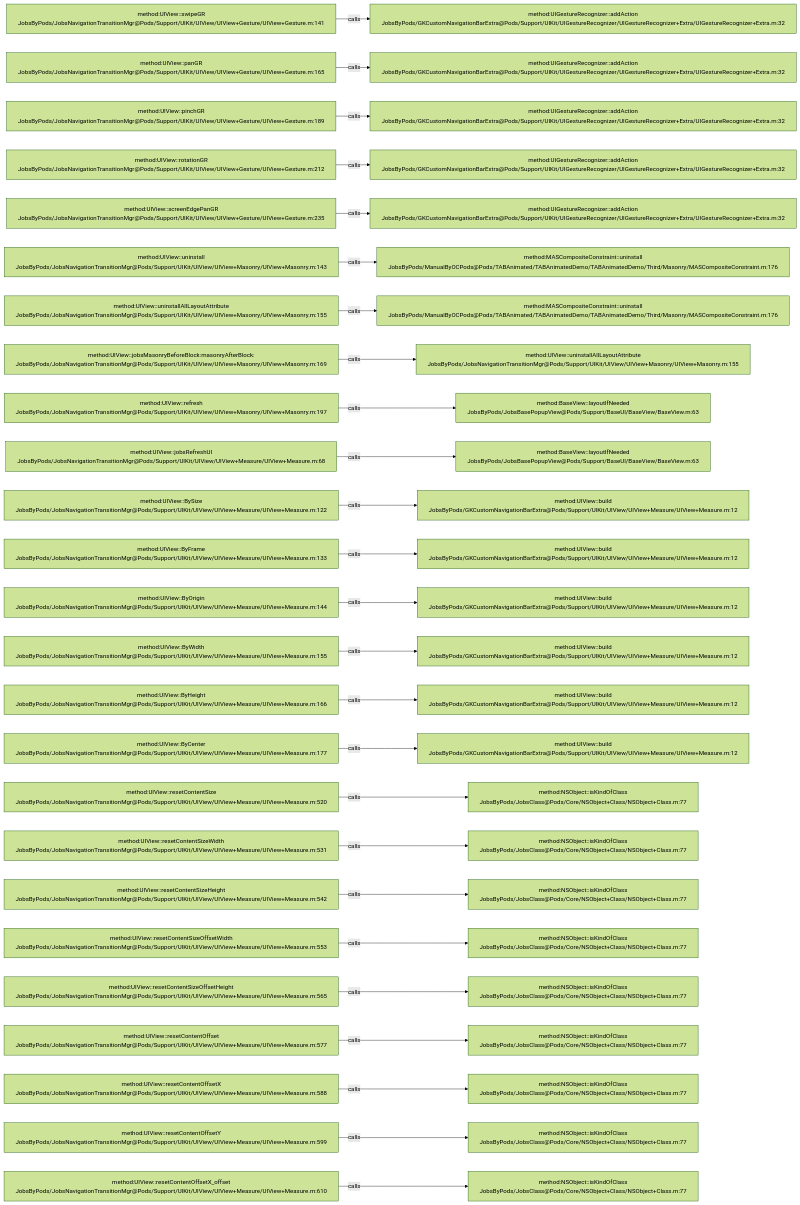
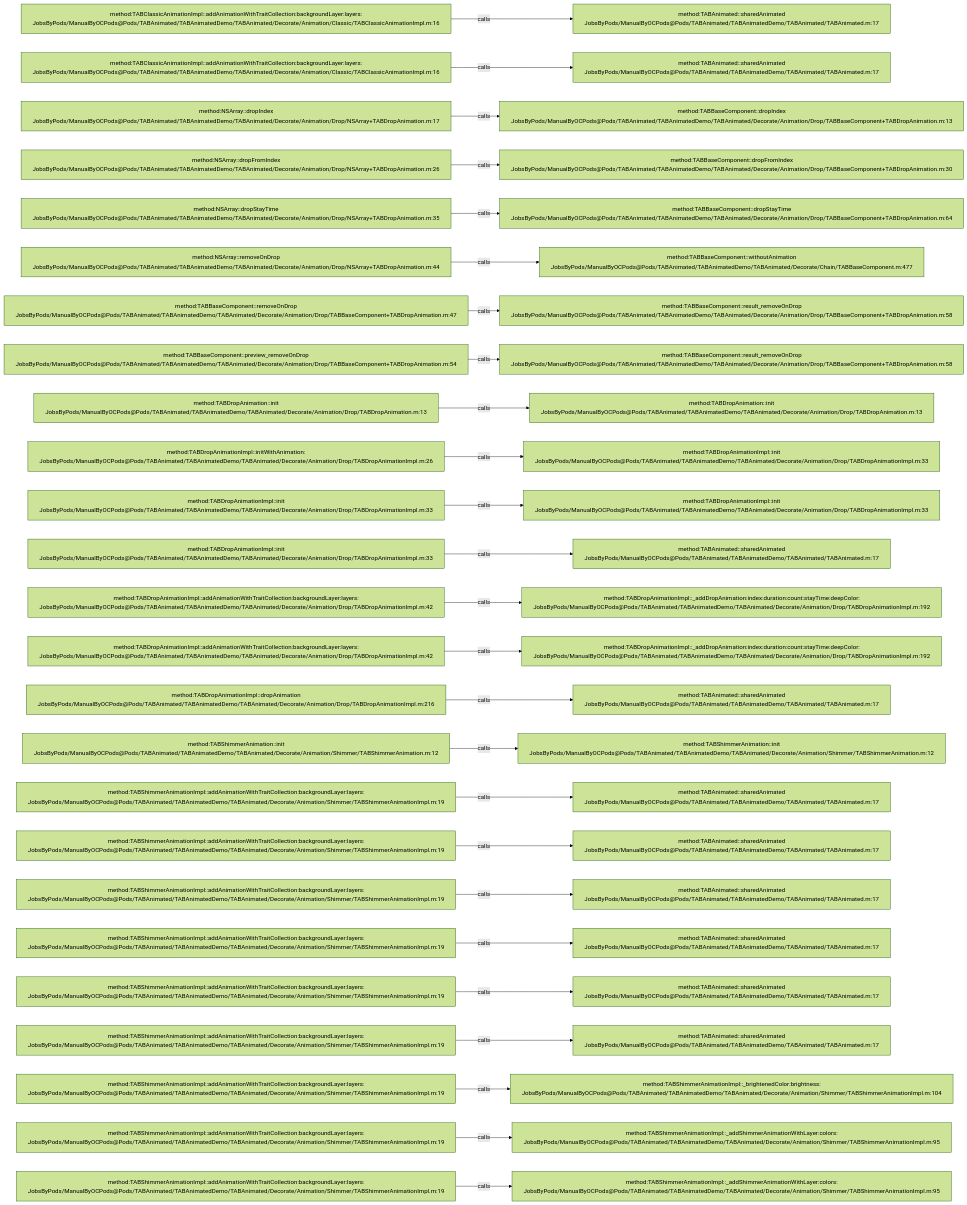
The diagram in .codegraph/codegraph.md/graphs/calls-134.md (JobsKits/JobsOCBaseConfigDemo), drawn with Mermaid (forest theme) before and after one commit. The commit also changed 573 other files, not shown here.

````diff
--- a/.codegraph/codegraph.md/graphs/calls-134.md
+++ b/.codegraph/codegraph.md/graphs/calls-134.md
@@ -13,78 +13,78 @@
 ```mermaid
 flowchart LR
-  S1["method:UIView::swipeGR<br/>JobsByPods/JobsNavigationTransitionMgr@Pods/Support/UIKit/UIView/UIView+Gesture/UIView+Gesture.m:141"]
-  T1["method:UIGestureRecognizer::addAction<br/>JobsByPods/GKCustomNavigationBarExtra@Pods/Support/UIKit/UIGestureRecognizer/UIGestureRecognizer+Extra/UIGestureRecognizer+Extra.m:32"]
+  S1["method:TABClassicAnimationImpl::addAnimationWithTraitCollection:backgroundLayer:layers:<br/>JobsByPods/ManualByOCPods@Pods/TABAnimated/TABAnimatedDemo/TABAnimated/Decorate/Animation/Classic/TABClassicAnimationImpl.m:16"]
+  T1["method:TABAnimated::sharedAnimated<br/>JobsByPods/ManualByOCPods@Pods/TABAnimated/TABAnimatedDemo/TABAnimated/TABAnimated.m:17"]
   S1 -->|calls| T1
-  S2["method:UIView::panGR<br/>JobsByPods/JobsNavigationTransitionMgr@Pods/Support/UIKit/UIView/UIView+Gesture/UIView+Gesture.m:165"]
-  T2["method:UIGestureRecognizer::addAction<br/>JobsByPods/GKCustomNavigationBarExtra@Pods/Support/UIKit/UIGestureRecognizer/UIGestureRecognizer+Extra/UIGestureRecognizer+Extra.m:32"]
+  S2["method:TABClassicAnimationImpl::addAnimationWithTraitCollection:backgroundLayer:layers:<br/>JobsByPods/ManualByOCPods@Pods/TABAnimated/TABAnimatedDemo/TABAnimated/Decorate/Animation/Classic/TABClassicAnimationImpl.m:16"]
+  T2["method:TABAnimated::sharedAnimated<br/>JobsByPods/ManualByOCPods@Pods/TABAnimated/TABAnimatedDemo/TABAnimated/TABAnimated.m:17"]
   S2 -->|calls| T2
-  S3["method:UIView::pinchGR<br/>JobsByPods/JobsNavigationTransitionMgr@Pods/Support/UIKit/UIView/UIView+Gesture/UIView+Gesture.m:189"]
-  T3["method:UIGestureRecognizer::addAction<br/>JobsByPods/GKCustomNavigationBarExtra@Pods/Support/UIKit/UIGestureRecognizer/UIGestureRecognizer+Extra/UIGestureRecognizer+Extra.m:32"]
+  S3["method:NSArray::dropIndex<br/>JobsByPods/ManualByOCPods@Pods/TABAnimated/TABAnimatedDemo/TABAnimated/Decorate/Animation/Drop/NSArray+TABDropAnimation.m:17"]
+  T3["method:TABBaseComponent::dropIndex<br/>JobsByPods/ManualByOCPods@Pods/TABAnimated/TABAnimatedDemo/TABAnimated/Decorate/Animation/Drop/TABBaseComponent+TABDropAnimation.m:13"]
   S3 -->|calls| T3
-  S4["method:UIView::rotationGR<br/>JobsByPods/JobsNavigationTransitionMgr@Pods/Support/UIKit/UIView/UIView+Gesture/UIView+Gesture.m:212"]
-  T4["method:UIGestureRecognizer::addAction<br/>JobsByPods/GKCustomNavigationBarExtra@Pods/Support/UIKit/UIGestureRecognizer/UIGestureRecognizer+Extra/UIGestureRecognizer+Extra.m:32"]
+  S4["method:NSArray::dropFromIndex<br/>JobsByPods/ManualByOCPods@Pods/TABAnimated/TABAnimatedDemo/TABAnimated/Decorate/Animation/Drop/NSArray+TABDropAnimation.m:26"]
+  T4["method:TABBaseComponent::dropFromIndex<br/>JobsByPods/ManualByOCPods@Pods/TABAnimated/TABAnimatedDemo/TABAnimated/Decorate/Animation/Drop/TABBaseComponent+TABDropAnimation.m:30"]
   S4 -->|calls| T4
-  S5["method:UIView::screenEdgePanGR<br/>JobsByPods/JobsNavigationTransitionMgr@Pods/Support/UIKit/UIView/UIView+Gesture/UIView+Gesture.m:235"]
-  T5["method:UIGestureRecognizer::addAction<br/>JobsByPods/GKCustomNavigationBarExtra@Pods/Support/UIKit/UIGestureRecognizer/UIGestureRecognizer+Extra/UIGestureRecognizer+Extra.m:32"]
+  S5["method:NSArray::dropStayTime<br/>JobsByPods/ManualByOCPods@Pods/TABAnimated/TABAnimatedDemo/TABAnimated/Decorate/Animation/Drop/NSArray+TABDropAnimation.m:35"]
+  T5["method:TABBaseComponent::dropStayTime<br/>JobsByPods/ManualByOCPods@Pods/TABAnimated/TABAnimatedDemo/TABAnimated/Decorate/Animation/Drop/TABBaseComponent+TABDropAnimation.m:64"]
   S5 -->|calls| T5
-  S6["method:UIView::uninstall<br/>JobsByPods/JobsNavigationTransitionMgr@Pods/Support/UIKit/UIView/UIView+Masonry/UIView+Masonry.m:143"]
-  T6["method:MASCompositeConstraint::uninstall<br/>JobsByPods/ManualByOCPods@Pods/TABAnimated/TABAnimatedDemo/TABAnimatedDemo/Third/Masonry/MASCompositeConstraint.m:176"]
+  S6["method:NSArray::removeOnDrop<br/>JobsByPods/ManualByOCPods@Pods/TABAnimated/TABAnimatedDemo/TABAnimated/Decorate/Animation/Drop/NSArray+TABDropAnimation.m:44"]
+  T6["method:TABBaseComponent::withoutAnimation<br/>JobsByPods/ManualByOCPods@Pods/TABAnimated/TABAnimatedDemo/TABAnimated/Decorate/Chain/TABBaseComponent.m:477"]
   S6 -->|calls| T6
-  S7["method:UIView::uninstallAllLayoutAttribute<br/>JobsByPods/JobsNavigationTransitionMgr@Pods/Support/UIKit/UIView/UIView+Masonry/UIView+Masonry.m:155"]
-  T7["method:MASCompositeConstraint::uninstall<br/>JobsByPods/ManualByOCPods@Pods/TABAnimated/TABAnimatedDemo/TABAnimatedDemo/Third/Masonry/MASCompositeConstraint.m:176"]
+  S7["method:TABBaseComponent::removeOnDrop<br/>JobsByPods/ManualByOCPods@Pods/TABAnimated/TABAnimatedDemo/TABAnimated/Decorate/Animation/Drop/TABBaseComponent+TABDropAnimation.m:47"]
+  T7["method:TABBaseComponent::result_removeOnDrop<br/>JobsByPods/ManualByOCPods@Pods/TABAnimated/TABAnimatedDemo/TABAnimated/Decorate/Animation/Drop/TABBaseComponent+TABDropAnimation.m:58"]
   S7 -->|calls| T7
-  S8["method:UIView::jobsMasonryBeforeBlock:masonryAfterBlock:<br/>JobsByPods/JobsNavigationTransitionMgr@Pods/Support/UIKit/UIView/UIView+Masonry/UIView+Masonry.m:169"]
-  T8["method:UIView::uninstallAllLayoutAttribute<br/>JobsByPods/JobsNavigationTransitionMgr@Pods/Support/UIKit/UIView/UIView+Masonry/UIView+Masonry.m:155"]
+  S8["method:TABBaseComponent::preview_removeOnDrop<br/>JobsByPods/ManualByOCPods@Pods/TABAnimated/TABAnimatedDemo/TABAnimated/Decorate/Animation/Drop/TABBaseComponent+TABDropAnimation.m:54"]
+  T8["method:TABBaseComponent::result_removeOnDrop<br/>JobsByPods/ManualByOCPods@Pods/TABAnimated/TABAnimatedDemo/TABAnimated/Decorate/Animation/Drop/TABBaseComponent+TABDropAnimation.m:58"]
   S8 -->|calls| T8
-  S9["method:UIView::refresh<br/>JobsByPods/JobsNavigationTransitionMgr@Pods/Support/UIKit/UIView/UIView+Masonry/UIView+Masonry.m:197"]
-  T9["method:BaseView::layoutIfNeeded<br/>JobsByPods/JobsBasePopupView@Pods/Support/BaseUI/BaseView/BaseView.m:63"]
+  S9["method:TABDropAnimation::init<br/>JobsByPods/ManualByOCPods@Pods/TABAnimated/TABAnimatedDemo/TABAnimated/Decorate/Animation/Drop/TABDropAnimation.m:13"]
+  T9["method:TABDropAnimation::init<br/>JobsByPods/ManualByOCPods@Pods/TABAnimated/TABAnimatedDemo/TABAnimated/Decorate/Animation/Drop/TABDropAnimation.m:13"]
   S9 -->|calls| T9
-  S10["method:UIView::jobsRefreshUI<br/>JobsByPods/JobsNavigationTransitionMgr@Pods/Support/UIKit/UIView/UIView+Measure/UIView+Measure.m:68"]
-  T10["method:BaseView::layoutIfNeeded<br/>JobsByPods/JobsBasePopupView@Pods/Support/BaseUI/BaseView/BaseView.m:63"]
+  S10["method:TABDropAnimationImpl::initWithAnimation:<br/>JobsByPods/ManualByOCPods@Pods/TABAnimated/TABAnimatedDemo/TABAnimated/Decorate/Animation/Drop/TABDropAnimationImpl.m:26"]
+  T10["method:TABDropAnimationImpl::init<br/>JobsByPods/ManualByOCPods@Pods/TABAnimated/TABAnimatedDemo/TABAnimated/Decorate/Animation/Drop/TABDropAnimationImpl.m:33"]
   S10 -->|calls| T10
-  S11["method:UIView::BySize<br/>JobsByPods/JobsNavigationTransitionMgr@Pods/Support/UIKit/UIView/UIView+Measure/UIView+Measure.m:122"]
-  T11["method:UIView::build<br/>JobsByPods/GKCustomNavigationBarExtra@Pods/Support/UIKit/UIView/UIView+Measure/UIView+Measure.m:12"]
+  S11["method:TABDropAnimationImpl::init<br/>JobsByPods/ManualByOCPods@Pods/TABAnimated/TABAnimatedDemo/TABAnimated/Decorate/Animation/Drop/TABDropAnimationImpl.m:33"]
+  T11["method:TABDropAnimationImpl::init<br/>JobsByPods/ManualByOCPods@Pods/TABAnimated/TABAnimatedDemo/TABAnimated/Decorate/Animation/Drop/TABDropAnimationImpl.m:33"]
   S11 -->|calls| T11
-  S12["method:UIView::ByFrame<br/>JobsByPods/JobsNavigationTransitionMgr@Pods/Support/UIKit/UIView/UIView+Measure/UIView+Measure.m:133"]
-  T12["method:UIView::build<br/>JobsByPods/GKCustomNavigationBarExtra@Pods/Support/UIKit/UIView/UIView+Measure/UIView+Measure.m:12"]
+  S12["method:TABDropAnimationImpl::init<br/>JobsByPods/ManualByOCPods@Pods/TABAnimated/TABAnimatedDemo/TABAnimated/Decorate/Animation/Drop/TABDropAnimationImpl.m:33"]
+  T12["method:TABAnimated::sharedAnimated<br/>JobsByPods/ManualByOCPods@Pods/TABAnimated/TABAnimatedDemo/TABAnimated/TABAnimated.m:17"]
   S12 -->|calls| T12
-  S13["method:UIView::ByOrigin<br/>JobsByPods/JobsNavigationTransitionMgr@Pods/Support/UIKit/UIView/UIView+Measure/UIView+Measure.m:144"]
-  T13["method:UIView::build<br/>JobsByPods/GKCustomNavigationBarExtra@Pods/Support/UIKit/UIView/UIView+Measure/UIView+Measure.m:12"]
+  S13["method:TABDropAnimationImpl::addAnimationWithTraitCollection:backgroundLayer:layers:<br/>JobsByPods/ManualByOCPods@Pods/TABAnimated/TABAnimatedDemo/TABAnimated/Decorate/Animation/Drop/TABDropAnimationImpl.m:42"]
+  T13["method:TABDropAnimationImpl::_addDropAnimation:index:duration:count:stayTime:deepColor:<br/>JobsByPods/ManualByOCPods@Pods/TABAnimated/TABAnimatedDemo/TABAnimated/Decorate/Animation/Drop/TABDropAnimationImpl.m:192"]
   S13 -->|calls| T13
-  S14["method:UIView::ByWidth<br/>JobsByPods/JobsNavigationTransitionMgr@Pods/Support/UIKit/UIView/UIView+Measure/UIView+Measure.m:155"]
-  T14["method:UIView::build<br/>JobsByPods/GKCustomNavigationBarExtra@Pods/Support/UIKit/UIView/UIView+Measure/UIView+Measure.m:12"]
+  S14["method:TABDropAnimationImpl::addAnimationWithTraitCollection:backgroundLayer:layers:<br/>JobsByPods/ManualByOCPods@Pods/TABAnimated/TABAnimatedDemo/TABAnimated/Decorate/Animation/Drop/TABDropAnimationImpl.m:42"]
+  T14["method:TABDropAnimationImpl::_addDropAnimation:index:duration:count:stayTime:deepColor:<br/>JobsByPods/ManualByOCPods@Pods/TABAnimated/TABAnimatedDemo/TABAnimated/Decorate/Animation/Drop/TABDropAnimationImpl.m:192"]
   S14 -->|calls| T14
-  S15["method:UIView::ByHeight<br/>JobsByPods/JobsNavigationTransitionMgr@Pods/Support/UIKit/UIView/UIView+Measure/UIView+Measure.m:166"]
-  T15["method:UIView::build<br/>JobsByPods/GKCustomNavigationBarExtra@Pods/Support/UIKit/UIView/UIView+Measure/UIView+Measure.m:12"]
+  S15["method:TABDropAnimationImpl::dropAnimation<br/>JobsByPods/ManualByOCPods@Pods/TABAnimated/TABAnimatedDemo/TABAnimated/Decorate/Animation/Drop/TABDropAnimationImpl.m:216"]
+  T15["method:TABAnimated::sharedAnimated<br/>JobsByPods/ManualByOCPods@Pods/TABAnimated/TABAnimatedDemo/TABAnimated/TABAnimated.m:17"]
   S15 -->|calls| T15
-  S16["method:UIView::ByCenter<br/>JobsByPods/JobsNavigationTransitionMgr@Pods/Support/UIKit/UIView/UIView+Measure/UIView+Measure.m:177"]
-  T16["method:UIView::build<br/>JobsByPods/GKCustomNavigationBarExtra@Pods/Support/UIKit/UIView/UIView+Measure/UIView+Measure.m:12"]
+  S16["method:TABShimmerAnimation::init<br/>JobsByPods/ManualByOCPods@Pods/TABAnimated/TABAnimatedDemo/TABAnimated/Decorate/Animation/Shimmer/TABShimmerAnimation.m:12"]
+  T16["method:TABShimmerAnimation::init<br/>JobsByPods/ManualByOCPods@Pods/TABAnimated/TABAnimatedDemo/TABAnimated/Decorate/Animation/Shimmer/TABShimmerAnimation.m:12"]
   S16 -->|calls| T16
-  S17["method:UIView::resetContentSize<br/>JobsByPods/JobsNavigationTransitionMgr@Pods/Support/UIKit/UIView/UIView+Measure/UIView+Measure.m:520"]
-  T17["method:NSObject::isKindOfClass<br/>JobsByPods/JobsClass@Pods/Core/NSObject+Class/NSObject+Class.m:77"]
+  S17["method:TABShimmerAnimationImpl::addAnimationWithTraitCollection:backgroundLayer:layers:<br/>JobsByPods/ManualByOCPods@Pods/TABAnimated/TABAnimatedDemo/TABAnimated/Decorate/Animation/Shimmer/TABShimmerAnimationImpl.m:19"]
+  T17["method:TABAnimated::sharedAnimated<br/>JobsByPods/ManualByOCPods@Pods/TABAnimated/TABAnimatedDemo/TABAnimated/TABAnimated.m:17"]
   S17 -->|calls| T17
-  S18["method:UIView::resetContentSizeWidth<br/>JobsByPods/JobsNavigationTransitionMgr@Pods/Support/UIKit/UIView/UIView+Measure/UIView+Measure.m:531"]
-  T18["method:NSObject::isKindOfClass<br/>JobsByPods/JobsClass@Pods/Core/NSObject+Class/NSObject+Class.m:77"]
+  S18["method:TABShimmerAnimationImpl::addAnimationWithTraitCollection:backgroundLayer:layers:<br/>JobsByPods/ManualByOCPods@Pods/TABAnimated/TABAnimatedDemo/TABAnimated/Decorate/Animation/Shimmer/TABShimmerAnimationImpl.m:19"]
+  T18["method:TABAnimated::sharedAnimated<br/>JobsByPods/ManualByOCPods@Pods/TABAnimated/TABAnimatedDemo/TABAnimated/TABAnimated.m:17"]
   S18 -->|calls| T18
-  S19["method:UIView::resetContentSizeHeight<br/>JobsByPods/JobsNavigationTransitionMgr@Pods/Support/UIKit/UIView/UIView+Measure/UIView+Measure.m:542"]
-  T19["method:NSObject::isKindOfClass<br/>JobsByPods/JobsClass@Pods/Core/NSObject+Class/NSObject+Class.m:77"]
+  S19["method:TABShimmerAnimationImpl::addAnimationWithTraitCollection:backgroundLayer:layers:<br/>JobsByPods/ManualByOCPods@Pods/TABAnimated/TABAnimatedDemo/TABAnimated/Decorate/Animation/Shimmer/TABShimmerAnimationImpl.m:19"]
+  T19["method:TABAnimated::sharedAnimated<br/>JobsByPods/ManualByOCPods@Pods/TABAnimated/TABAnimatedDemo/TABAnimated/TABAnimated.m:17"]
   S19 -->|calls| T19
-  S20["method:UIView::resetContentSizeOffsetWidth<br/>JobsByPods/JobsNavigationTransitionMgr@Pods/Support/UIKit/UIView/UIView+Measure/UIView+Measure.m:553"]
-  T20["method:NSObject::isKindOfClass<br/>JobsByPods/JobsClass@Pods/Core/NSObject+Class/NSObject+Class.m:77"]
+  S20["method:TABShimmerAnimationImpl::addAnimationWithTraitCollection:backgroundLayer:layers:<br/>JobsByPods/ManualByOCPods@Pods/TABAnimated/TABAnimatedDemo/TABAnimated/Decorate/Animation/Shimmer/TABShimmerAnimationImpl.m:19"]
+  T20["method:TABAnimated::sharedAnimated<br/>JobsByPods/ManualByOCPods@Pods/TABAnimated/TABAnimatedDemo/TABAnimated/TABAnimated.m:17"]
   S20 -->|calls| T20
-  S21["method:UIView::resetContentSizeOffsetHeight<br/>JobsByPods/JobsNavigationTransitionMgr@Pods/Support/UIKit/UIView/UIView+Measure/UIView+Measure.m:565"]
-  T21["method:NSObject::isKindOfClass<br/>JobsByPods/JobsClass@Pods/Core/NSObject+Class/NSObject+Class.m:77"]
+  S21["method:TABShimmerAnimationImpl::addAnimationWithTraitCollection:backgroundLayer:layers:<br/>JobsByPods/ManualByOCPods@Pods/TABAnimated/TABAnimatedDemo/TABAnimated/Decorate/Animation/Shimmer/TABShimmerAnimationImpl.m:19"]
+  T21["method:TABAnimated::sharedAnimated<br/>JobsByPods/ManualByOCPods@Pods/TABAnimated/TABAnimatedDemo/TABAnimated/TABAnimated.m:17"]
   S21 -->|calls| T21
-  S22["method:UIView::resetContentOffset<br/>JobsByPods/JobsNavigationTransitionMgr@Pods/Support/UIKit/UIView/UIView+Measure/UIView+Measure.m:577"]
-  T22["method:NSObject::isKindOfClass<br/>JobsByPods/JobsClass@Pods/Core/NSObject+Class/NSObject+Class.m:77"]
+  S22["method:TABShimmerAnimationImpl::addAnimationWithTraitCollection:backgroundLayer:layers:<br/>JobsByPods/ManualByOCPods@Pods/TABAnimated/TABAnimatedDemo/TABAnimated/Decorate/Animation/Shimmer/TABShimmerAnimationImpl.m:19"]
+  T22["method:TABAnimated::sharedAnimated<br/>JobsByPods/ManualByOCPods@Pods/TABAnimated/TABAnimatedDemo/TABAnimated/TABAnimated.m:17"]
   S22 -->|calls| T22
-  S23["method:UIView::resetContentOffsetX<br/>JobsByPods/JobsNavigationTransitionMgr@Pods/Support/UIKit/UIView/UIView+Measure/UIView+Measure.m:588"]
-  T23["method:NSObject::isKindOfClass<br/>JobsByPods/JobsClass@Pods/Core/NSObject+Class/NSObject+Class.m:77"]
+  S23["method:TABShimmerAnimationImpl::addAnimationWithTraitCollection:backgroundLayer:layers:<br/>JobsByPods/ManualByOCPods@Pods/TABAnimated/TABAnimatedDemo/TABAnimated/Decorate/Animation/Shimmer/TABShimmerAnimationImpl.m:19"]
+  T23["method:TABShimmerAnimationImpl::_brightenedColor:brightness:<br/>JobsByPods/ManualByOCPods@Pods/TABAnimated/TABAnimatedDemo/TABAnimated/Decorate/Animation/Shimmer/TABShimmerAnimationImpl.m:104"]
   S23 -->|calls| T23
-  S24["method:UIView::resetContentOffsetY<br/>JobsByPods/JobsNavigationTransitionMgr@Pods/Support/UIKit/UIView/UIView+Measure/UIView+Measure.m:599"]
-  T24["method:NSObject::isKindOfClass<br/>JobsByPods/JobsClass@Pods/Core/NSObject+Class/NSObject+Class.m:77"]
+  S24["method:TABShimmerAnimationImpl::addAnimationWithTraitCollection:backgroundLayer:layers:<br/>JobsByPods/ManualByOCPods@Pods/TABAnimated/TABAnimatedDemo/TABAnimated/Decorate/Animation/Shimmer/TABShimmerAnimationImpl.m:19"]
+  T24["method:TABShimmerAnimationImpl::_addShimmerAnimationWithLayer:colors:<br/>JobsByPods/ManualByOCPods@Pods/TABAnimated/TABAnimatedDemo/TABAnimated/Decorate/Animation/Shimmer/TABShimmerAnimationImpl.m:95"]
   S24 -->|calls| T24
-  S25["method:UIView::resetContentOffsetX_offset<br/>JobsByPods/JobsNavigationTransitionMgr@Pods/Support/UIKit/UIView/UIView+Measure/UIView+Measure.m:610"]
-  T25["method:NSObject::isKindOfClass<br/>JobsByPods/JobsClass@Pods/Core/NSObject+Class/NSObject+Class.m:77"]
+  S25["method:TABShimmerAnimationImpl::addAnimationWithTraitCollection:backgroundLayer:layers:<br/>JobsByPods/ManualByOCPods@Pods/TABAnimated/TABAnimatedDemo/TABAnimated/Decorate/Animation/Shimmer/TABShimmerAnimationImpl.m:19"]
+  T25["method:TABShimmerAnimationImpl::_addShimmerAnimationWithLayer:colors:<br/>JobsByPods/ManualByOCPods@Pods/TABAnimated/TABAnimatedDemo/TABAnimated/Decorate/Animation/Shimmer/TABShimmerAnimationImpl.m:95"]
   S25 -->|calls| T25
 ```
````
